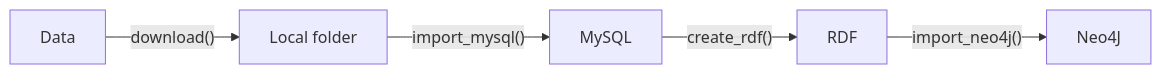
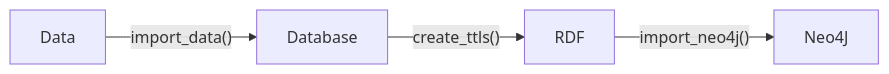
One commit to biokb/biokb_chebi changed the diagram in README.md. Above: the diagram before and after it, drawn with Mermaid. The commit also changed other lines of this file and 13 other files, not shown here.

````diff
--- a/README.md
+++ b/README.md
@@ -9,4 +10,4 @@
 ```mermaid
 graph LR
-   D[Data] --download()--> LR[Local folder] -- import_mysql() --> MySQL -- create_rdf() --> ZT[RDF] -- import_neo4j() --> Neo4J
+   D[Data] --import_data() --> Database -- create_ttls() --> ZT[RDF] -- import_neo4j() --> Neo4J
 ```
````
